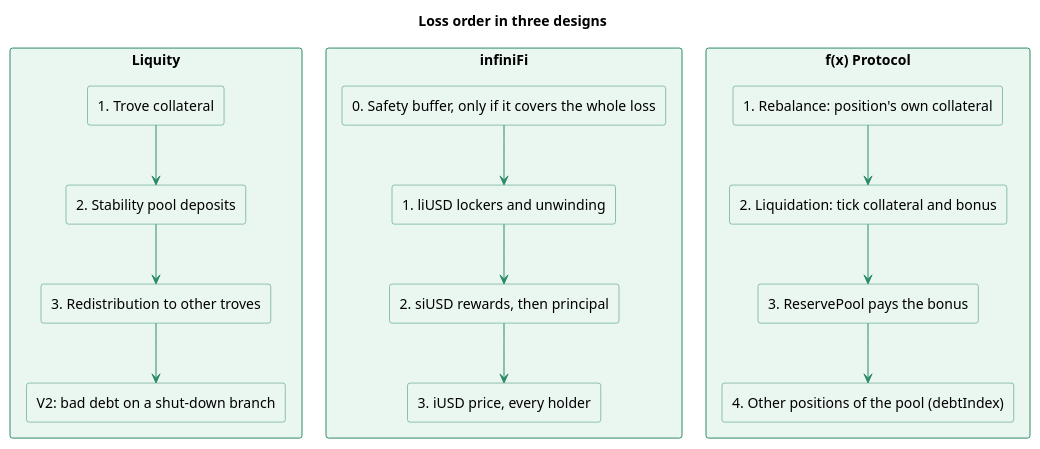
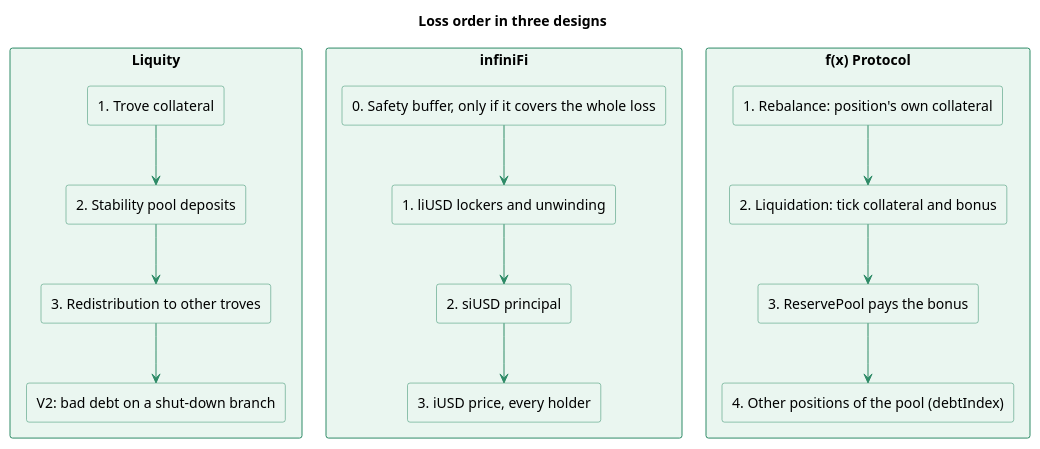
One commit to rya-sge/access-denied changed the diagram in assets/article/blockchain/defi/tranched-stablecoins/tranched-stablecoins-waterfalls-concept.puml. Above: the diagram before and after it, drawn with PlantUML. The commit also changed 57 other files, not shown here.

```diff
--- a/assets/article/blockchain/defi/tranched-stablecoins/tranched-stablecoins-waterfalls-concept.puml
+++ b/assets/article/blockchain/defi/tranched-stablecoins/tranched-stablecoins-waterfalls-concept.puml
@@ -1,36 +1,36 @@
 @startuml
 title Loss order in three designs
 skinparam shadowing false
 skinparam rectangle {
   BackgroundColor #EAF6F0
   BorderColor #2E8B67
 }
 skinparam ArrowColor #2E8B67
 rectangle "Liquity" as LQ {
   rectangle "1. Trove collateral" as L1
   rectangle "2. Stability pool deposits" as L2
   rectangle "3. Redistribution to other troves" as L3
   rectangle "V2: bad debt on a shut-down branch" as L4
 }
 rectangle "infiniFi" as IF {
   rectangle "0. Safety buffer, only if it covers the whole loss" as I0
   rectangle "1. liUSD lockers and unwinding" as I1
-  rectangle "2. siUSD rewards, then principal" as I2
+  rectangle "2. siUSD principal" as I2
   rectangle "3. iUSD price, every holder" as I3
 }
 rectangle "f(x) Protocol" as FX {
   rectangle "1. Rebalance: position's own collateral" as F1
   rectangle "2. Liquidation: tick collateral and bonus" as F2
   rectangle "3. ReservePool pays the bonus" as F3
   rectangle "4. Other positions of the pool (debtIndex)" as F4
 }
 L1 -down-> L2
 L2 -down-> L3
 L3 -down-> L4
 I0 -down-> I1
 I1 -down-> I2
 I2 -down-> I3
 F1 -down-> F2
 F2 -down-> F3
 F3 -down-> F4
 @enduml
```
